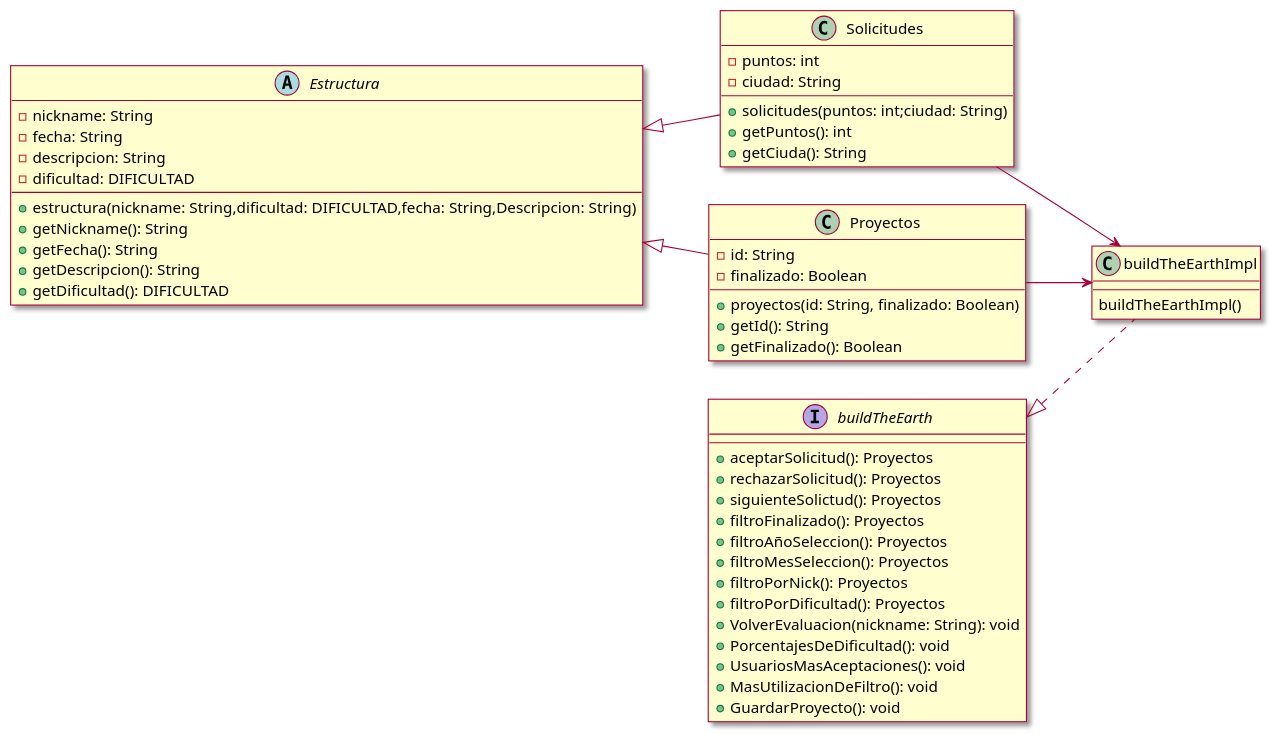
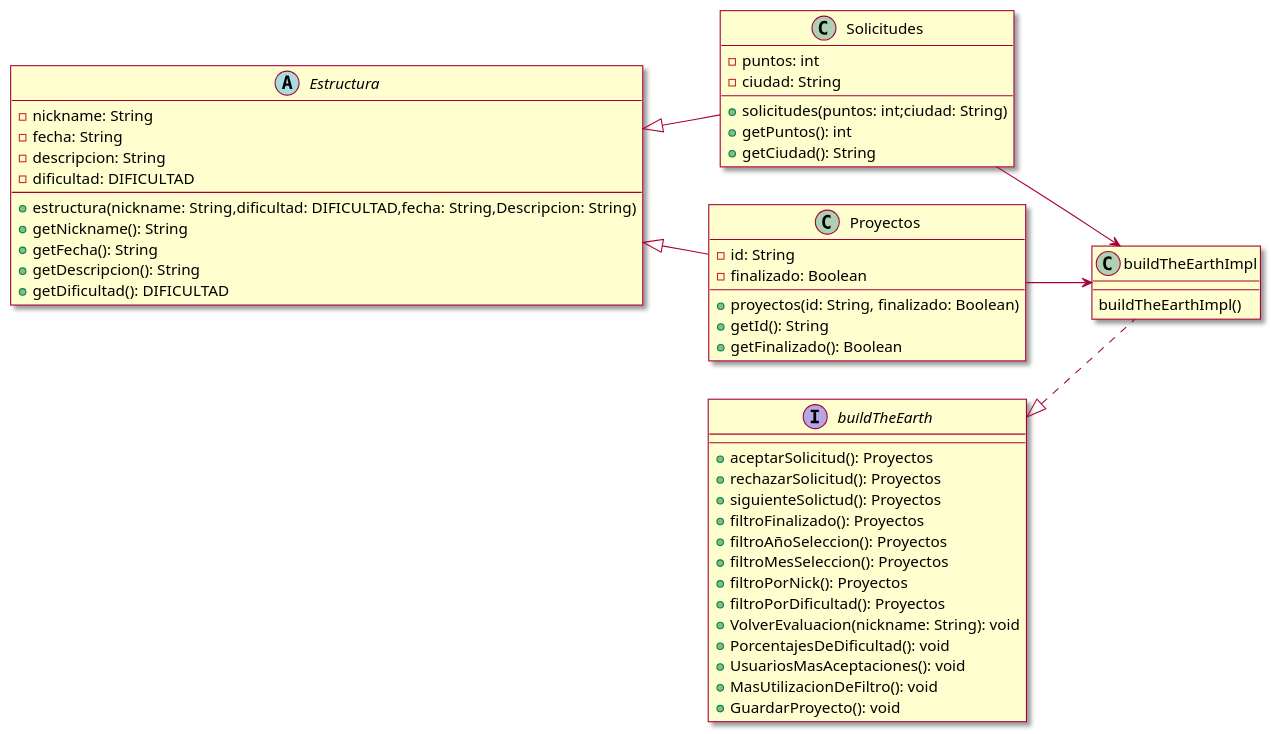
The diagram in cmake-build-debug/Diagrama de clases.puml (pvblo47/Taller-1-E.D), drawn with PlantUML before and after one commit. The commit also changed 15 other files, not shown here.

```diff
--- a/cmake-build-debug/Diagrama de clases.puml
+++ b/cmake-build-debug/Diagrama de clases.puml
@@ -1,77 +1,77 @@
 @startuml
 
 left to right direction
 skin rose
 
 abstract Estructura{
 
 - nickname: String
 - fecha: String
 - descripcion: String
 - dificultad: DIFICULTAD
 
 +estructura(nickname: String,dificultad: DIFICULTAD,fecha: String,Descripcion: String)
 + getNickname(): String
 + getFecha(): String
 + getDescripcion(): String
 + getDificultad(): DIFICULTAD
 
 }
 class Solicitudes {
 
 - puntos: int
 - ciudad: String
 
 + solicitudes(puntos: int;ciudad: String)
 + getPuntos(): int
-+ getCiuda(): String
++ getCiudad(): String
 }
 
 class Proyectos {
 
 - id: String
 - finalizado: Boolean
 
 + proyectos(id: String, finalizado: Boolean)
 + getId(): String
 + getFinalizado(): Boolean
 }
 
 class buildTheEarthImpl {
 
 buildTheEarthImpl()
 
 }
 
 interface buildTheEarth{
 
 + aceptarSolicitud(): Proyectos
 + rechazarSolicitud(): Proyectos
 + siguienteSolictud(): Proyectos
 + filtroFinalizado(): Proyectos
 + filtroAñoSeleccion(): Proyectos
 + filtroMesSeleccion(): Proyectos
 + filtroPorNick(): Proyectos
 + filtroPorDificultad(): Proyectos
 + VolverEvaluacion(nickname: String): void
 + PorcentajesDeDificultad(): void
 + UsuariosMasAceptaciones(): void
 + MasUtilizacionDeFiltro(): void
 + GuardarProyecto(): void
 
 }
 
 
 Estructura <|-- Solicitudes
 Estructura <|-- Proyectos
 buildTheEarth <|.. buildTheEarthImpl
 Solicitudes --> buildTheEarthImpl
 Proyectos --> buildTheEarthImpl
 
 
 
 
 }
 
 
 @enduml
```
